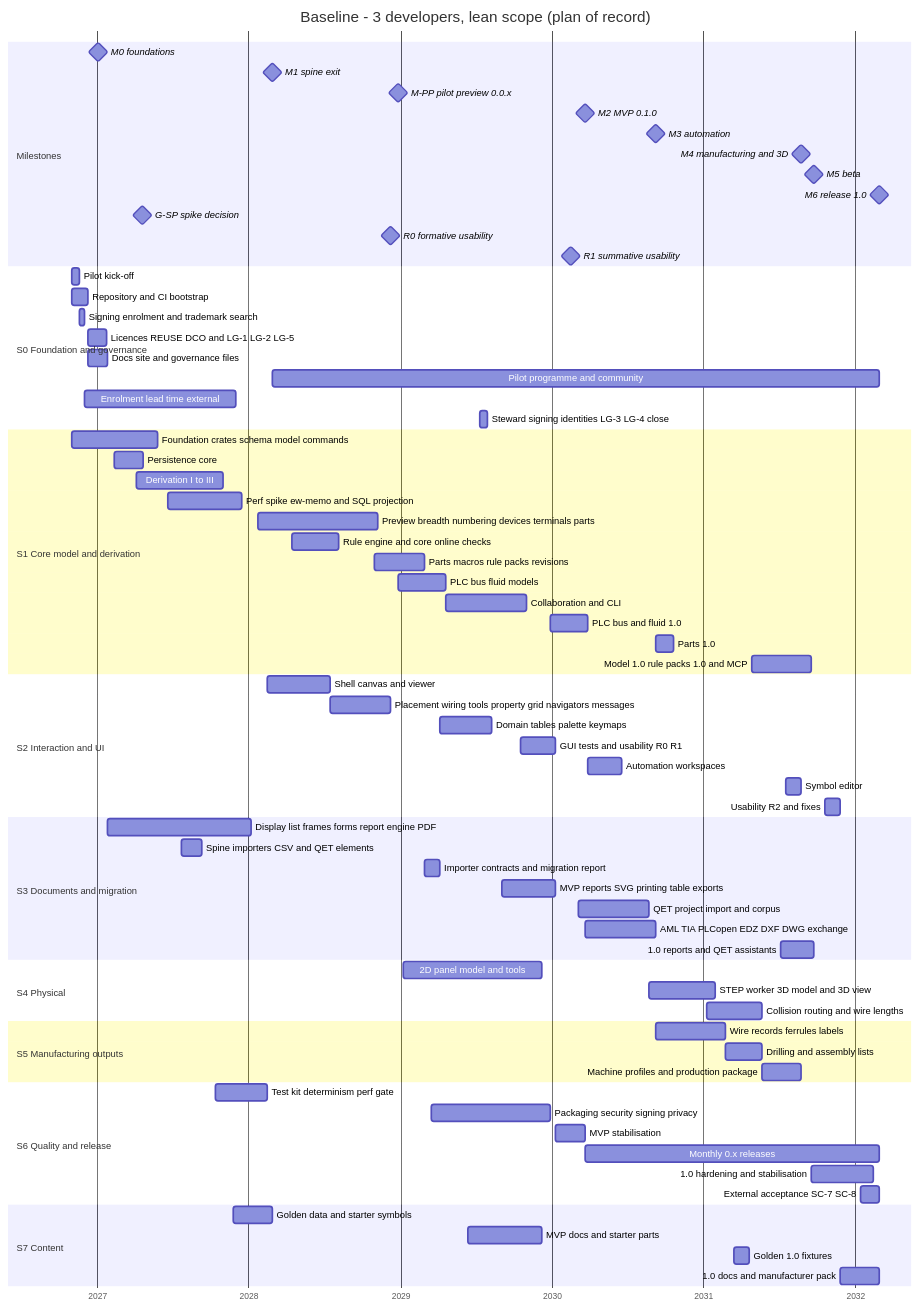
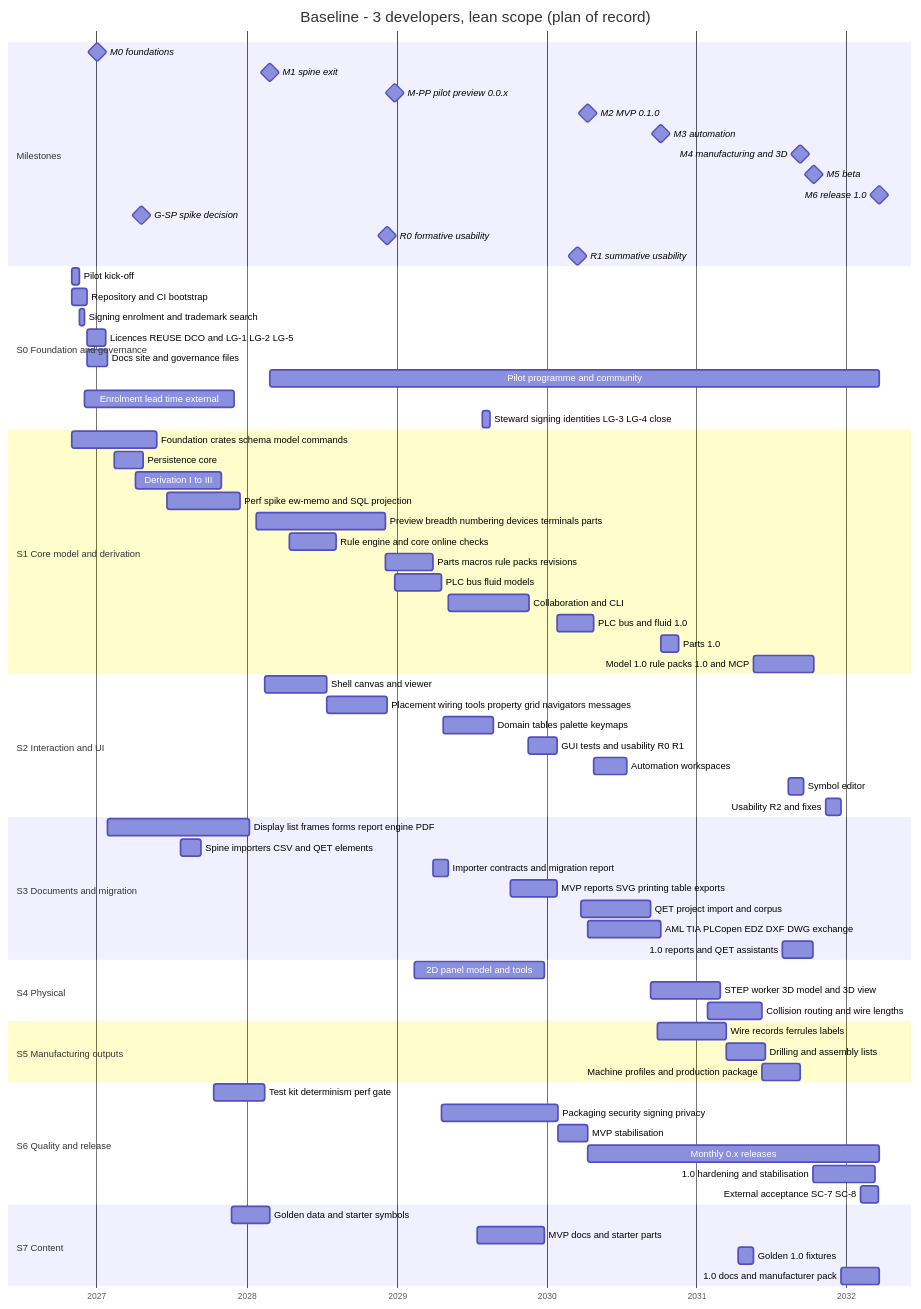
One commit to Ironkode787/ElektraWatt changed the second of 3 diagrams in docs/plan/01-global-plan.md. Above: the diagram before and after it, drawn with Mermaid. The commit also changed other lines of this file and 9 other files, not shown here.

````diff
--- a/docs/plan/01-global-plan.md
+++ b/docs/plan/01-global-plan.md
@@ -882,76 +881,76 @@
 ```mermaid
 gantt
   title Baseline - 3 developers, lean scope (plan of record)
   dateFormat YYYY-MM-DD
   axisFormat %Y
   section Milestones
   M0 foundations :milestone, m0, 2027-01-03, 0d
   M1 spine exit :milestone, m1, 2028-02-27, 0d
   M-PP pilot preview 0.0.x :milestone, m2, 2028-12-27, 0d
-  M2 MVP 0.1.0 :milestone, m3, 2030-03-22, 0d
-  M3 automation :milestone, m4, 2030-09-07, 0d
-  M4 manufacturing and 3D :milestone, m5, 2031-08-23, 0d
-  M5 beta :milestone, m6, 2031-09-23, 0d
-  M6 release 1.0 :milestone, m7, 2032-02-28, 0d
+  M2 MVP 0.1.0 :milestone, m3, 2030-04-11, 0d
+  M3 automation :milestone, m4, 2030-10-06, 0d
+  M4 manufacturing and 3D :milestone, m5, 2031-09-11, 0d
+  M5 beta :milestone, m6, 2031-10-14, 0d
+  M6 release 1.0 :milestone, m7, 2032-03-21, 0d
   G-SP spike decision :milestone, gsp, 2027-04-20, 0d
   R0 formative usability :milestone, r0, 2028-12-08, 0d
-  R1 summative usability :milestone, r1, 2030-02-15, 0d
+  R1 summative usability :milestone, r1, 2030-03-17, 0d
   section S0 Foundation and governance
   Pilot kick-off :t1, 2026-11-01, 2026-11-20
   Repository and CI bootstrap :t2, 2026-11-01, 2026-12-09
   Signing enrolment and trademark search :t3, 2026-11-20, 2026-12-02
   Licences REUSE DCO and LG-1 LG-2 LG-5 :t4, 2026-12-09, 2027-01-23
   Docs site and governance files :t5, 2026-12-09, 2027-01-27
-  Pilot programme and community :t6, 2028-02-27, 2032-02-28
+  Pilot programme and community :t6, 2028-02-27, 2032-03-21
   Enrolment lead time external :t7, 2026-12-02, 2027-12-01
-  Steward signing identities LG-3 LG-4 close :t8, 2029-07-10, 2029-07-30
+  Steward signing identities LG-3 LG-4 close :t8, 2029-07-28, 2029-08-16
   section S1 Core model and derivation
   Foundation crates schema model commands :t9, 2026-11-01, 2027-05-27
   Persistence core :t10, 2027-02-12, 2027-04-23
   Derivation I to III :t11, 2027-04-06, 2027-11-01
   Perf spike ew-memo and SQL projection :t12, 2027-06-21, 2027-12-15
-  Preview breadth numbering devices terminals parts :t13, 2028-01-24, 2028-11-08
+  Preview breadth numbering devices terminals parts :t13, 2028-01-24, 2028-12-05
   Rule engine and core online checks :t14, 2028-04-14, 2028-08-05
-  Parts macros rule packs revisions :t15, 2028-10-29, 2029-02-28
+  Parts macros rule packs revisions :t15, 2028-12-05, 2029-03-31
   PLC bus fluid models :t16, 2028-12-27, 2029-04-19
-  Collaboration and CLI :t17, 2029-04-19, 2029-11-01
-  PLC bus and fluid 1.0 :t18, 2029-12-28, 2030-03-27
-  Parts 1.0 :t19, 2030-09-07, 2030-10-21
-  Model 1.0 rule packs 1.0 and MCP :t20, 2031-04-27, 2031-09-17
+  Collaboration and CLI :t17, 2029-05-07, 2029-11-18
+  PLC bus and fluid 1.0 :t18, 2030-01-27, 2030-04-26
+  Parts 1.0 :t19, 2030-10-06, 2030-11-19
+  Model 1.0 rule packs 1.0 and MCP :t20, 2031-05-20, 2031-10-14
   section S2 Interaction and UI
   Shell canvas and viewer :t21, 2028-02-14, 2028-07-15
   Placement wiring tools property grid navigators messages :t22, 2028-07-15, 2028-12-08
-  Domain tables palette keymaps :t23, 2029-04-06, 2029-08-08
-  GUI tests and usability R0 R1 :t24, 2029-10-16, 2030-01-08
-  Automation workspaces :t25, 2030-03-27, 2030-06-17
-  Symbol editor :t26, 2031-07-17, 2031-08-23
-  Usability R2 and fixes :t27, 2031-10-19, 2031-11-26
+  Domain tables palette keymaps :t23, 2029-04-23, 2029-08-25
+  GUI tests and usability R0 R1 :t24, 2029-11-16, 2030-01-27
+  Automation workspaces :t25, 2030-04-26, 2030-07-16
+  Symbol editor :t26, 2031-08-13, 2031-09-19
+  Usability R2 and fixes :t27, 2031-11-11, 2031-12-18
   section S3 Documents and migration
   Display list frames forms report engine PDF :t28, 2027-01-27, 2028-01-08
   Spine importers CSV and QET elements :t29, 2027-07-23, 2027-09-11
-  Importer contracts and migration report :t30, 2029-02-28, 2029-04-06
-  MVP reports SVG printing table exports :t31, 2029-09-01, 2030-01-08
-  QET project import and corpus :t32, 2030-03-06, 2030-08-23
-  AML TIA PLCopen EDZ DXF DWG exchange :t33, 2030-03-22, 2030-09-07
-  1.0 reports and QET assistants :t34, 2031-07-05, 2031-09-23
+  Importer contracts and migration report :t30, 2029-03-31, 2029-05-07
+  MVP reports SVG printing table exports :t31, 2029-10-05, 2030-01-27
+  QET project import and corpus :t32, 2030-03-25, 2030-09-11
+  AML TIA PLCopen EDZ DXF DWG exchange :t33, 2030-04-11, 2030-10-06
+  1.0 reports and QET assistants :t34, 2031-07-28, 2031-10-12
   section S4 Physical
-  2D panel model and tools :t35, 2029-01-07, 2029-12-07
-  STEP worker 3D model and 3D view :t36, 2030-08-23, 2031-01-29
-  Collision routing and wire lengths :t37, 2031-01-09, 2031-05-21
+  2D panel model and tools :t35, 2029-02-13, 2029-12-26
+  STEP worker 3D model and 3D view :t36, 2030-09-11, 2031-02-27
+  Collision routing and wire lengths :t37, 2031-01-28, 2031-06-09
   section S5 Manufacturing outputs
-  Wire records ferrules labels :t38, 2030-09-07, 2031-02-23
-  Drilling and assembly lists :t39, 2031-02-23, 2031-05-21
-  Machine profiles and production package :t40, 2031-05-21, 2031-08-23
+  Wire records ferrules labels :t38, 2030-09-27, 2031-03-15
+  Drilling and assembly lists :t39, 2031-03-15, 2031-06-17
+  Machine profiles and production package :t40, 2031-06-09, 2031-09-11
   section S6 Quality and release
   Test kit determinism perf gate :t41, 2027-10-12, 2028-02-14
-  Packaging security signing privacy :t42, 2029-03-17, 2029-12-28
-  MVP stabilisation :t43, 2030-01-08, 2030-03-22
-  Monthly 0.x releases :t44, 2030-03-22, 2032-02-28
-  1.0 hardening and stabilisation :t45, 2031-09-17, 2032-02-14
-  External acceptance SC-7 SC-8 :t46, 2032-01-13, 2032-02-27
+  Packaging security signing privacy :t42, 2029-04-19, 2030-01-29
+  MVP stabilisation :t43, 2030-01-29, 2030-04-11
+  Monthly 0.x releases :t44, 2030-04-11, 2032-03-21
+  1.0 hardening and stabilisation :t45, 2031-10-12, 2032-03-10
+  External acceptance SC-7 SC-8 :t46, 2032-02-04, 2032-03-19
   section S7 Content
   Golden data and starter symbols :t47, 2027-11-26, 2028-02-27
-  MVP docs and starter parts :t48, 2029-06-12, 2029-12-08
-  Golden 1.0 fixtures :t49, 2031-03-14, 2031-04-21
-  1.0 docs and manufacturer pack :t50, 2031-11-26, 2032-02-28
+  MVP docs and starter parts :t48, 2029-07-16, 2029-12-26
+  Golden 1.0 fixtures :t49, 2031-04-12, 2031-05-20
+  1.0 docs and manufacturer pack :t50, 2031-12-18, 2032-03-21
 ```
````
